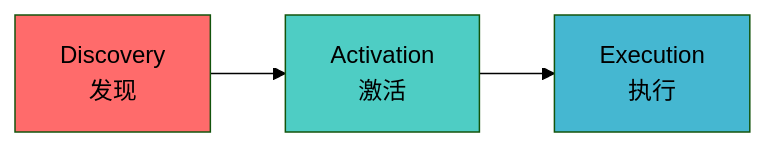
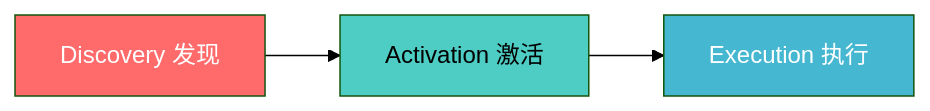
One commit to yuler/yuler.dev changed the diagram in src/content/posts/2026/agent-skills.mdx. Above: the diagram before and after it, drawn with Mermaid (forest theme). The commit also changed other lines of this file and 14 other files, not shown here.

````diff
--- a/src/content/posts/2026/agent-skills.mdx
+++ b/src/content/posts/2026/agent-skills.mdx
@@ -54,9 +54,9 @@
 ```mermaid
 flowchart LR
-    A[Discovery<br/>发现] --> B[Activation<br/>激活]
-    B --> C[Execution<br/>执行]
+    A["Discovery 发现"] --> B["Activation 激活"]
+    B --> C["Execution 执行"]
 
-    style A fill:#FF6B6B
-    style B fill:#4ECDC4
-    style C fill:#45B7D1
+    style A fill:#FF6B6B,color:#fff
+    style B fill:#4ECDC4,color:#000
+    style C fill:#45B7D1,color:#fff
 ```
````
